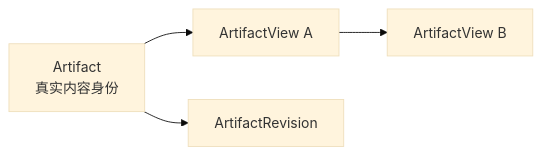
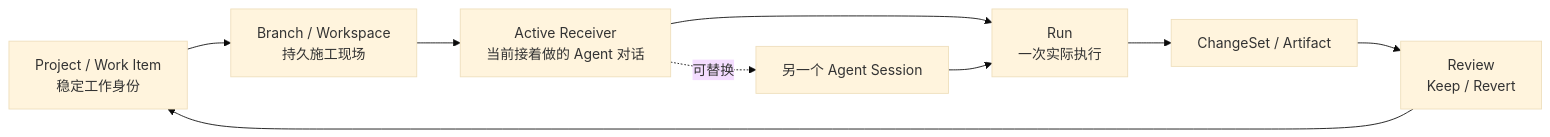
One commit to DZWFLi/LCOS-local-creativeOS changed the third of 6 diagrams in README.md. Above: the diagram before and after it, drawn with Mermaid (base theme). The commit also changed other lines of this file, not shown here.

````diff
--- a/README.md
+++ b/README.md
@@ -148,7 +152,13 @@
 ```mermaid
 flowchart LR
-    A[Artifact<br/>真实内容身份]
-    --> V1[ArtifactView A]
-    --> V2[ArtifactView B]
-    A --> R[ArtifactRevision]
+    P[Project / Work Item<br/>稳定工作身份]
+    --> B[Branch / Workspace<br/>持久施工现场]
+    --> R[Active Receiver<br/>当前接着做的 Agent 对话]
+    --> X[Run<br/>一次实际执行]
+    --> C[ChangeSet / Artifact]
+    --> V[Review<br/>Keep / Revert]
+    --> P
+
+    R -.可替换.-> R2[另一个 Agent Session]
+    R2 --> X
 ```
````
